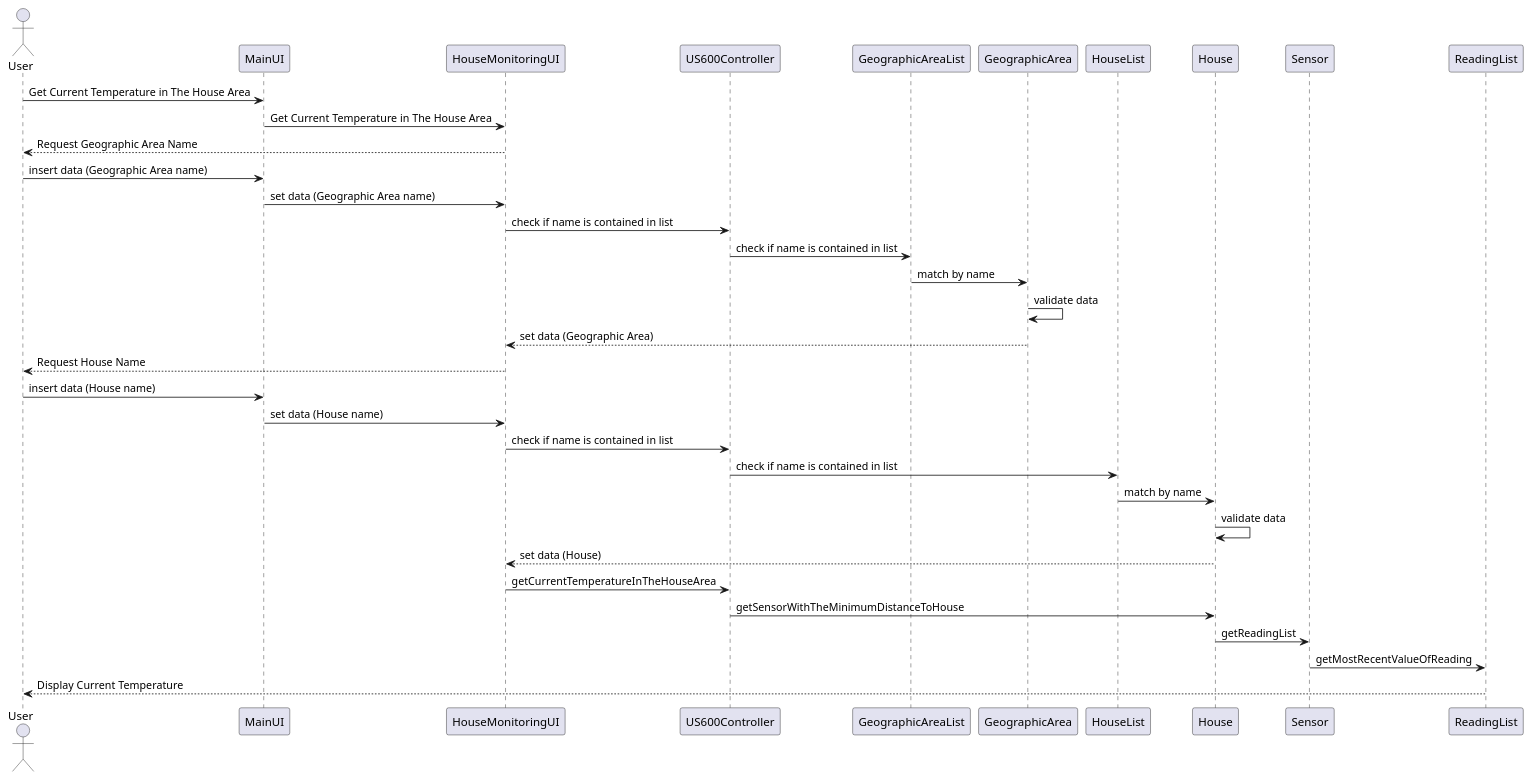
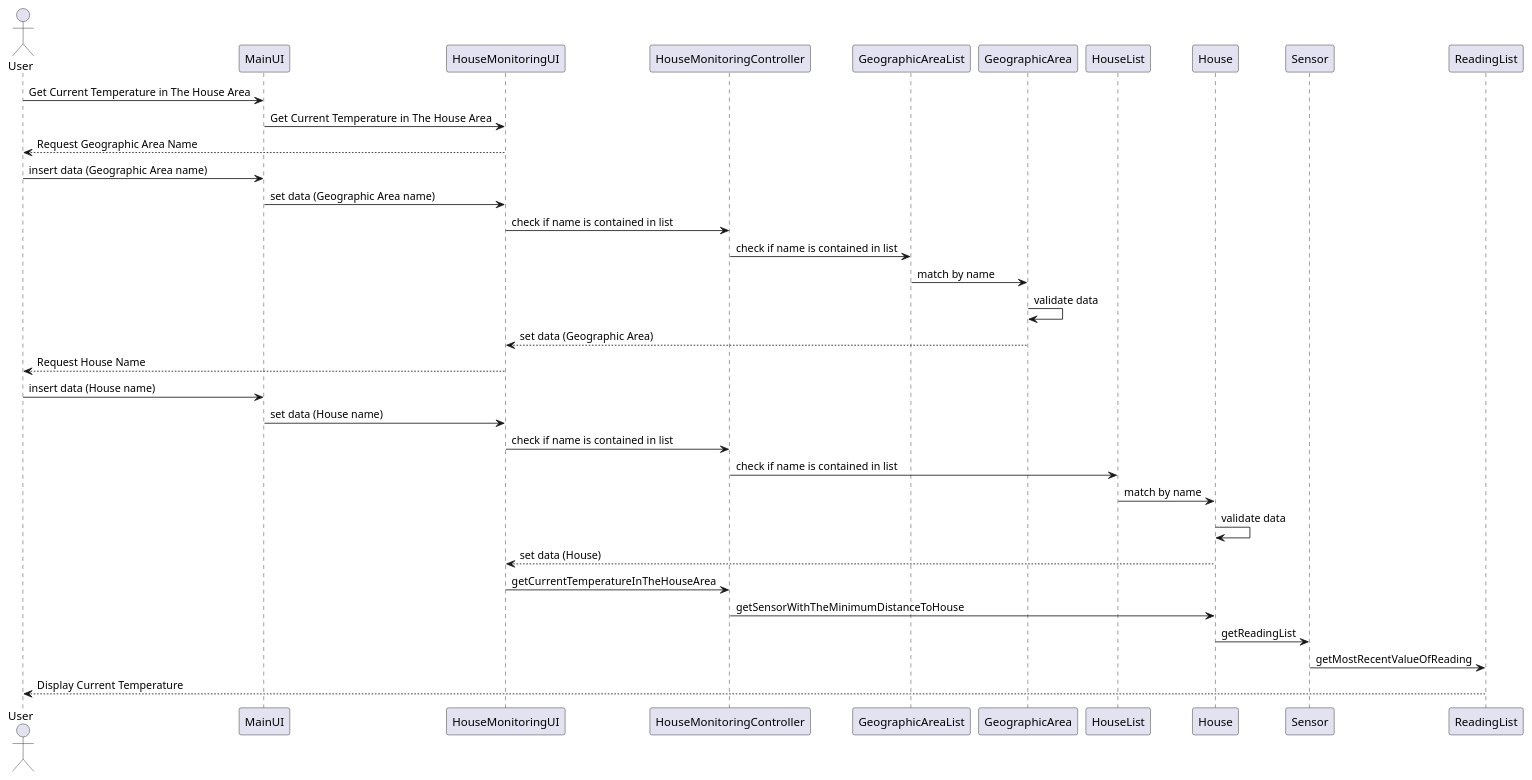
One commit to Almadanmp/project changed the diagram in src/main/java/pt/ipp/isep/dei/project/controller/US600.puml. Above: the diagram before and after it, drawn with PlantUML. The commit also changed 2 other files, not shown here.

Commit message:
#32 - More tests added to HouseMonitoringController. UML sequence updated.

```diff
--- a/src/main/java/pt/ipp/isep/dei/project/controller/US600.puml
+++ b/src/main/java/pt/ipp/isep/dei/project/controller/US600.puml
@@ -1,26 +1,26 @@
 @startuml
 actor User
 User -> MainUI: Get Current Temperature in The House Area
 MainUI -> HouseMonitoringUI: Get Current Temperature in The House Area
 HouseMonitoringUI --> User: Request Geographic Area Name
 User -> MainUI: insert data (Geographic Area name)
 MainUI -> HouseMonitoringUI: set data (Geographic Area name)
-HouseMonitoringUI -> US600Controller: check if name is contained in list
-US600Controller -> GeographicAreaList: check if name is contained in list
+HouseMonitoringUI ->HouseMonitoringController: check if name is contained in list
+HouseMonitoringController -> GeographicAreaList: check if name is contained in list
 GeographicAreaList -> GeographicArea: match by name
 GeographicArea -> GeographicArea: validate data
 GeographicArea --> HouseMonitoringUI: set data (Geographic Area)
 HouseMonitoringUI --> User: Request House Name
 User -> MainUI: insert data (House name)
 MainUI -> HouseMonitoringUI: set data (House name)
-HouseMonitoringUI -> US600Controller: check if name is contained in list
-US600Controller -> HouseList: check if name is contained in list
+HouseMonitoringUI -> HouseMonitoringController: check if name is contained in list
+HouseMonitoringController -> HouseList: check if name is contained in list
 HouseList -> House: match by name
 House -> House: validate data
 House --> HouseMonitoringUI: set data (House)
-HouseMonitoringUI -> US600Controller: getCurrentTemperatureInTheHouseArea
-US600Controller->House: getSensorWithTheMinimumDistanceToHouse
+HouseMonitoringUI -> HouseMonitoringController: getCurrentTemperatureInTheHouseArea
+HouseMonitoringController->House: getSensorWithTheMinimumDistanceToHouse
 House->Sensor: getReadingList
 Sensor->ReadingList:getMostRecentValueOfReading
 ReadingList-->User: Display Current Temperature
 @enduml
```
